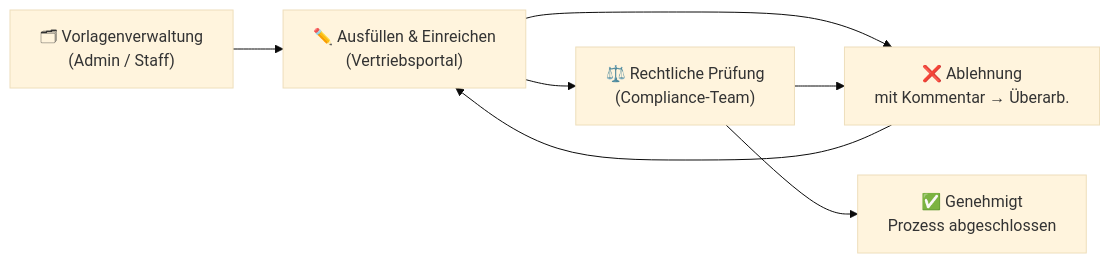
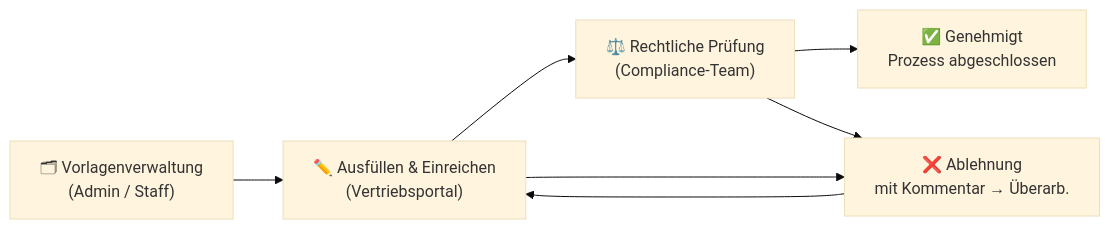
One commit to malala2409/contract-system-Vertragsmanagementsystem changed the diagram in README.md. Above: the diagram before and after it, drawn with Mermaid (base theme). The commit also changed other lines of this file, not shown here.

````diff
--- a/README.md
+++ b/README.md
@@ -196,9 +196,9 @@
 ```mermaid
 flowchart LR
     A["🗂 Vorlagenverwaltung\n(Admin / Staff)"] --> B["✏️ Ausfüllen & Einreichen\n(Vertriebsportal)"]
     B --> C["⚖️ Rechtliche Prüfung\n(Compliance-Team)"]
     B --> D["❌ Ablehnung\nmit Kommentar → Überarb."]
+    C --> E["✅ Genehmigt\nProzess abgeschlossen"]
     C --> D
-    C --> E["✅ Genehmigt\nProzess abgeschlossen"]
     D --> B
 ```
````
